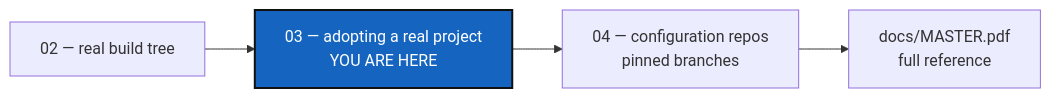
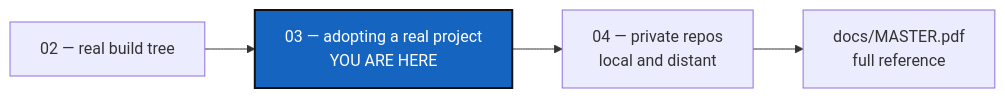
One commit to flipoyo/ComplexGitSync changed the diagram in tutorials/03_adopting_a_real_project.md. Above: the diagram before and after it, drawn with Mermaid. The commit also changed other lines of this file and 32 other files, not shown here.

First line of the commit message:
pinned becomes private: say what a repository is, not what the tool does

````diff
--- a/tutorials/03_adopting_a_real_project.md
+++ b/tutorials/03_adopting_a_real_project.md
@@ -34,9 +34,9 @@
 ```mermaid
 graph LR
     T2["02 — real build tree"] --> T3["03 — adopting a real project<br/>YOU ARE HERE"]
-    T3 --> T4["04 — configuration repos<br/>pinned branches"]
+    T3 --> T4["04 — private repos<br/>local and distant"]
     T4 --> REF["docs/MASTER.pdf<br/>full reference"]
 
     classDef here fill:#1565C0,color:#fff,stroke:#111,stroke-width:2px;
     class T3 here;
 ```
````
